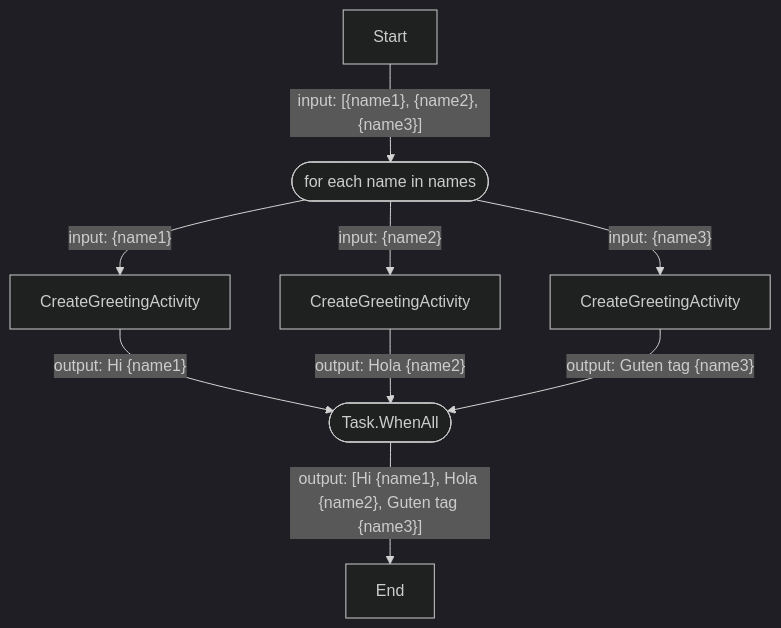
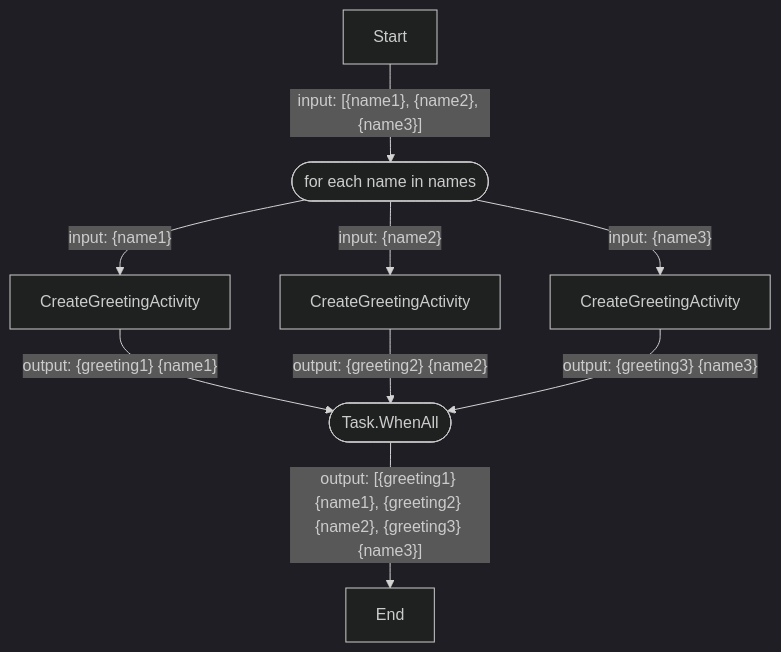
Before and after one commit to diagrid-labs/dapr-workflow-demos: the third of 6 diagrams in README.md, drawn with Mermaid (dark theme). The commit also changed other lines of this file, not shown here.

````diff
--- a/README.md
+++ b/README.md
@@ -156,15 +156,15 @@
 ```mermaid
 graph TD
     A[Start]
     A1([for each name in names])
     B1[CreateGreetingActivity]
     B2[CreateGreetingActivity]
     B3[CreateGreetingActivity]
     C([Task.WhenAll])
     D[End]
     A --> |"input: [{name1}, {name2}, {name3}]"| A1
-    A1 -->|"input: {name1}"| B1 -->|"output: Hi {name1}"| C
-    A1 -->|"input: {name2}"| B2 -->|"output: Hola {name2}"| C
-    A1 -->|"input: {name3}"| B3 -->|"output: Guten tag {name3}"| C
-    C -->|"output: [Hi {name1}, Hola {name2}, Guten tag {name3}]"| D
+    A1 -->|"input: {name1}"| B1 -->|"output: {greeting1} {name1}"| C
+    A1 -->|"input: {name2}"| B2 -->|"output: {greeting2} {name2}"| C
+    A1 -->|"input: {name3}"| B3 -->|"output: {greeting3} {name3}"| C
+    C -->|"output: [{greeting1} {name1}, {greeting2} {name2}, {greeting3} {name3}]"| D
 ```
````
